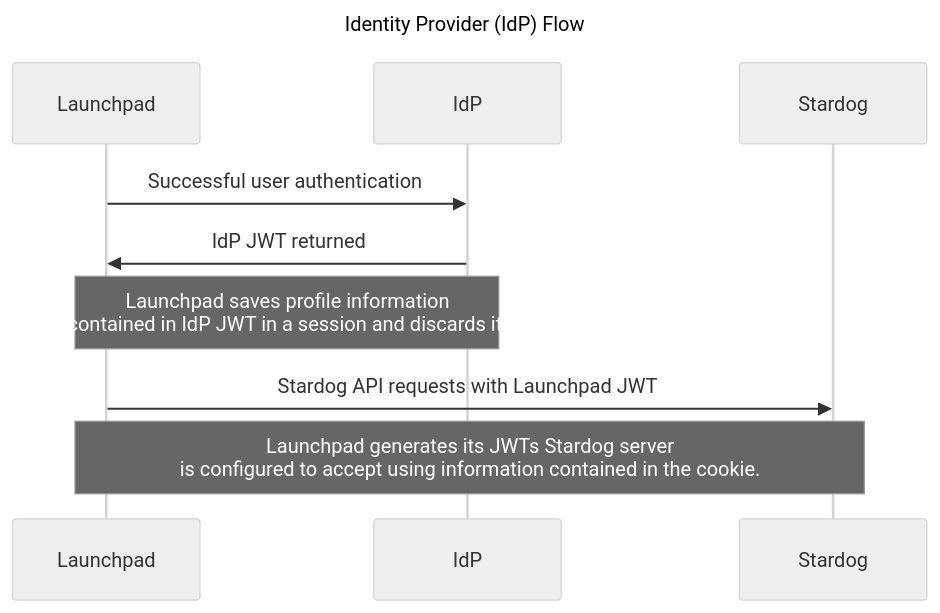
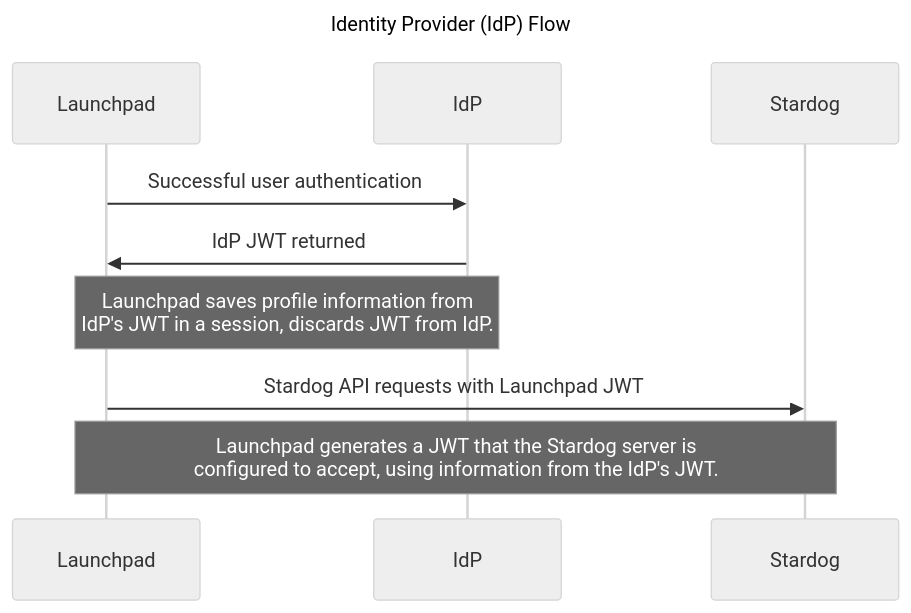
The second of 2 diagrams in README.md (stardog-union/launchpad-docs), drawn with Mermaid (neutral theme) before and after one commit. The commit also changed other lines of this file and 11 other files, not shown here.

First line of the commit message:
[CLOUD-1352] Adding doc for Launchpad's Azure access token passthrough mode and for using a client cert (#16)

````diff
--- a/README.md
+++ b/README.md
@@ -37,9 +37,9 @@
 ```mermaid
 sequenceDiagram
   title Identity Provider (IdP) Flow
   Launchpad->>IdP: Successful user authentication
   IdP->>Launchpad: IdP JWT returned
-  Note over IdP,Launchpad: Launchpad saves profile information <br> contained in IdP JWT in a session and discards it.
+  Note over IdP,Launchpad: Launchpad saves profile information from <br> IdP's JWT in a session, discards JWT from IdP.
   Launchpad->>Stardog: Stardog API requests with Launchpad JWT
-  Note over Launchpad,Stardog: Launchpad generates its JWTs Stardog server <br> is configured to accept using information contained in the cookie.
+  Note over Launchpad,Stardog: Launchpad generates a JWT that the Stardog server is <br> configured to accept, using information from the IdP's JWT.
 ```
````
